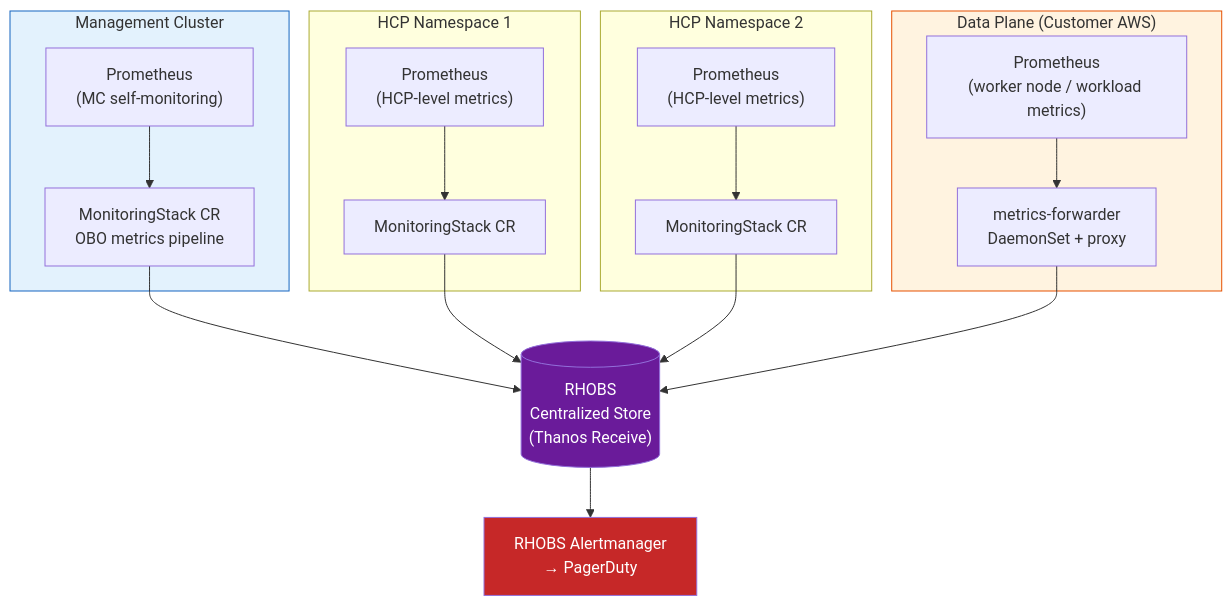
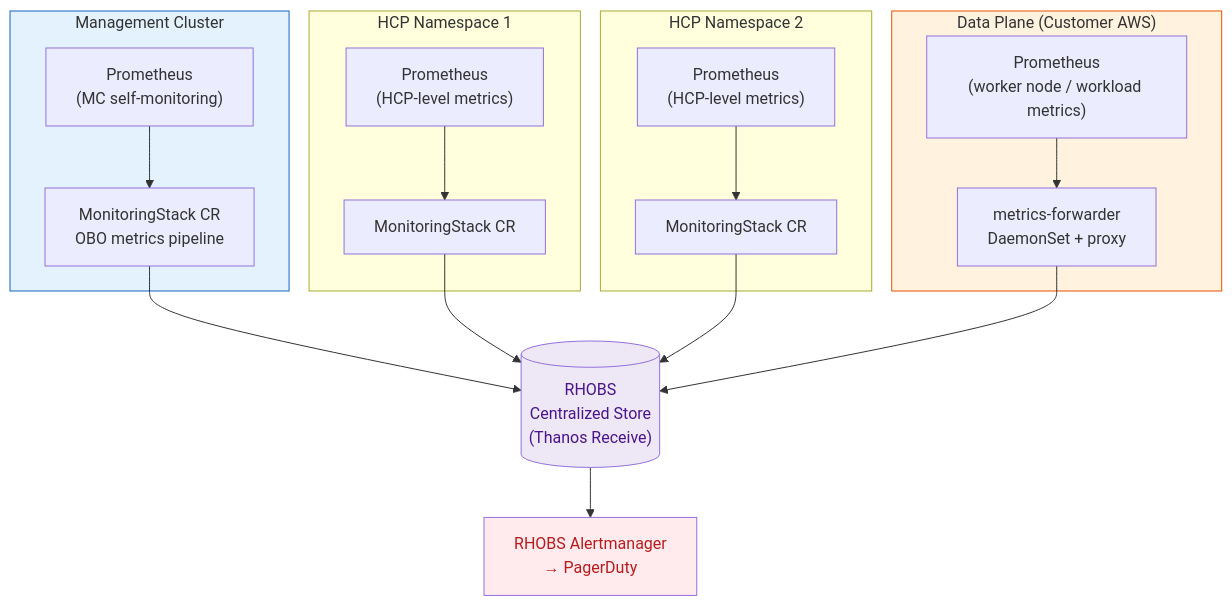
One commit to mcipamo/hcp-study-guide changed the first of 5 diagrams in docs/monitoring.md. Above: the diagram before and after it, drawn with Mermaid. The commit also changed other lines of this file and 61 other files, not shown here.

Commit message:
Fix diagram readability: light backgrounds + dark text; fix logo

````diff
--- a/docs/monitoring.md
+++ b/docs/monitoring.md
@@ -11,36 +11,36 @@
 ```mermaid
 graph TB
     subgraph MC["Management Cluster"]
         MCPROM["Prometheus\n(MC self-monitoring)"]
         MCFWD["MonitoringStack CR\nOBO metrics pipeline"]
     end
 
     subgraph HCP1["HCP Namespace 1"]
         HCP1PROM["Prometheus\n(HCP-level metrics)"]
         HCP1FWD["MonitoringStack CR"]
     end
 
     subgraph HCP2["HCP Namespace 2"]
         HCP2PROM["Prometheus\n(HCP-level metrics)"]
         HCP2FWD["MonitoringStack CR"]
     end
 
     subgraph DP["Data Plane (Customer AWS)"]
         DPPROM["Prometheus\n(worker node / workload metrics)"]
         DPFWD["metrics-forwarder\nDaemonSet + proxy"]
     end
 
     RHOBS[("RHOBS\nCentralized Store\n(Thanos Receive)")]
     AM["RHOBS Alertmanager\n→ PagerDuty"]
 
     MCPROM --> MCFWD --> RHOBS
     HCP1PROM --> HCP1FWD --> RHOBS
     HCP2PROM --> HCP2FWD --> RHOBS
     DPPROM --> DPFWD --> RHOBS
     RHOBS --> AM
 
-    style RHOBS fill:#6a1b9a,color:#fff
-    style AM fill:#c62828,color:#fff
+    style RHOBS fill:#ede7f6,color:#4a148c
+    style AM fill:#ffebee,color:#b71c1c
     style MC fill:#e3f2fd,stroke:#1565c0
     style DP fill:#fff3e0,stroke:#e65100
 ```
````
